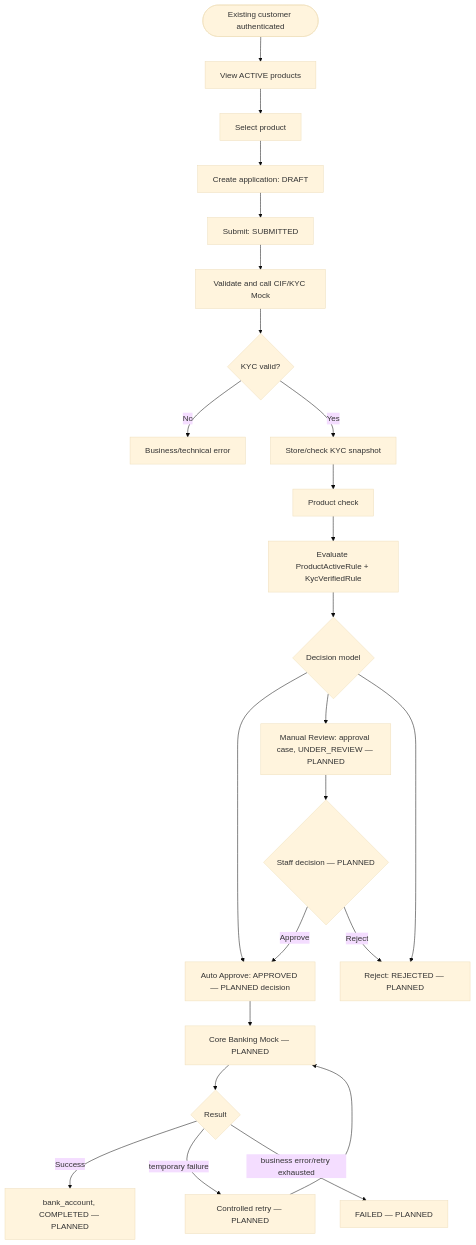
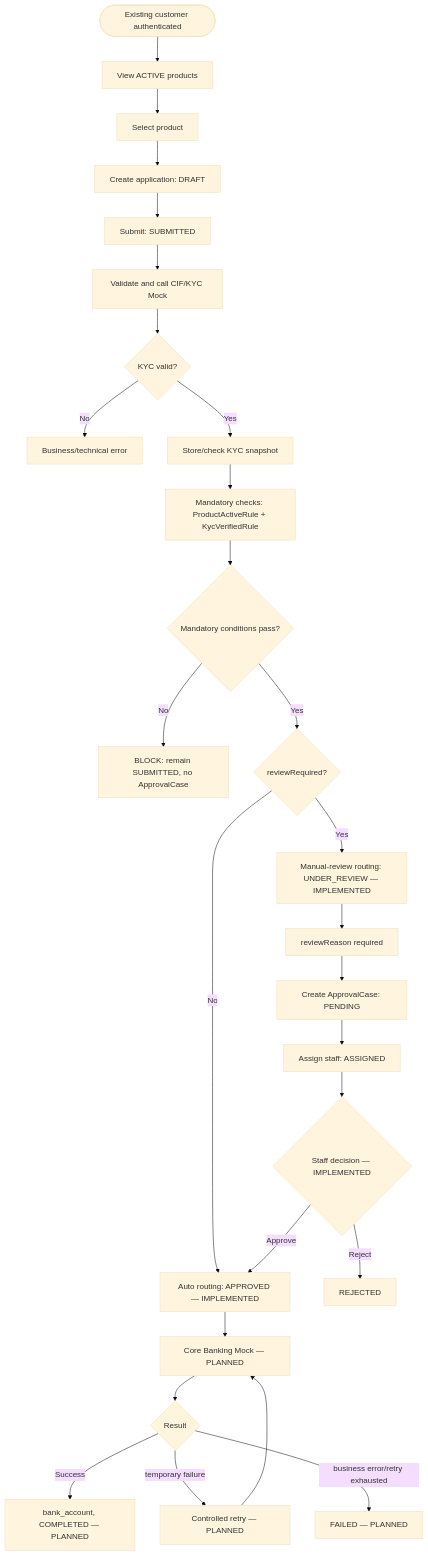
The first of 2 diagrams in docs/workflow-design.md (Mikokoomi/digital-account-opening), drawn with Mermaid (base theme) before and after one commit. The commit also changed other lines of this file and 42 other files, not shown here.

Commit message:
feat: complete staff approval and manual review workflow

````diff
--- a/docs/workflow-design.md
+++ b/docs/workflow-design.md
@@ -9,26 +9,29 @@
 ```mermaid
 flowchart TD
     A([Existing customer authenticated]) --> B[View ACTIVE products]
     B --> C[Select product]
     C --> D[Create application: DRAFT]
     D --> E[Submit: SUBMITTED]
     E --> F[Validate and call CIF/KYC Mock]
     F --> G{KYC valid?}
     G -- No --> X[Business/technical error]
     G -- Yes --> H[Store/check KYC snapshot]
-    H --> I[Product check]
-    I --> J[Evaluate ProductActiveRule + KycVerifiedRule]
-    J --> K{Decision model}
-    K --> L[Auto Approve: APPROVED — PLANNED decision]
-    K --> M[Manual Review: approval case, UNDER_REVIEW — PLANNED]
-    K --> N[Reject: REJECTED — PLANNED]
-    M --> O{Staff decision — PLANNED}
+    H --> J[Mandatory checks: ProductActiveRule + KycVerifiedRule]
+    J --> K{Mandatory conditions pass?}
+    K -- No --> X1[BLOCK: remain SUBMITTED, no ApprovalCase]
+    K -- Yes --> RQ{reviewRequired?}
+    RQ -- No --> L[Auto routing: APPROVED — IMPLEMENTED]
+    RQ -- Yes --> M[Manual-review routing: UNDER_REVIEW — IMPLEMENTED]
+    M --> N1[reviewReason required]
+    N1 --> C1[Create ApprovalCase: PENDING]
+    C1 --> C2[Assign staff: ASSIGNED]
+    C2 --> O{Staff decision — IMPLEMENTED}
     O -- Approve --> L
-    O -- Reject --> N
+    O -- Reject --> N[REJECTED]
     L --> P[Core Banking Mock — PLANNED]
     P --> Q{Result}
     Q -- Success --> R[bank_account, COMPLETED — PLANNED]
     Q -- temporary failure --> S[Controlled retry — PLANNED]
     S --> P
     Q -- business error/retry exhausted --> T[FAILED — PLANNED]
 ```
````
